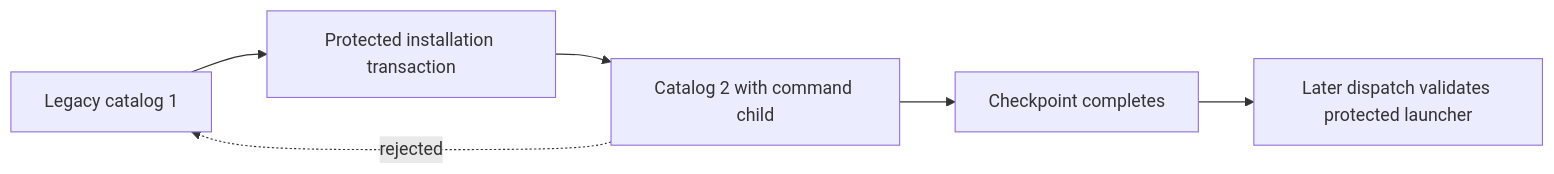
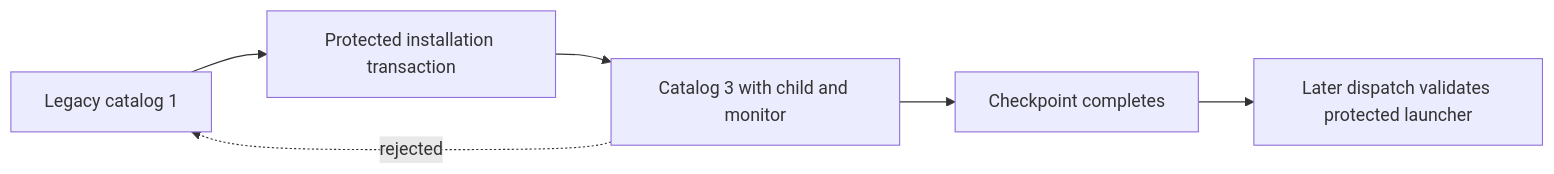
The diagram in docs/macos-command-child-code-policy.md (rock3r/remozio), drawn with Mermaid before and after one commit. The commit also changed other lines of this file and 19 other files, not shown here.

First line of the commit message:
Connect authority command dispatch to protected monitor (#256)

````diff
--- a/docs/macos-command-child-code-policy.md
+++ b/docs/macos-command-child-code-policy.md
@@ -19,8 +20,8 @@
 ```mermaid
 flowchart LR
     A[Legacy catalog 1] --> B[Protected installation transaction]
-    B --> C[Catalog 2 with command child]
+    B --> C[Catalog 3 with child and monitor]
     C --> D[Checkpoint completes]
     D --> E[Later dispatch validates protected launcher]
     C -. rejected .-> A
 ```
````
